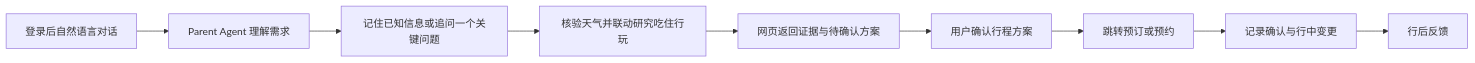
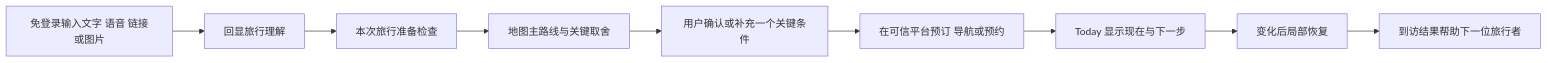
The diagram in wiki/current/01-product.md (DESONGs/zhuanshu-travel-agent), drawn with Mermaid before and after one commit. The commit also changed other lines of this file and 116 other files, not shown here.

````diff
--- a/wiki/current/01-product.md
+++ b/wiki/current/01-product.md
@@ -11,11 +57,11 @@
 ```mermaid
 flowchart LR
-  A[登录后自然语言对话] --> B[Parent Agent 理解需求]
-  B --> C[记住已知信息或追问一个关键问题]
-  C --> D[核验天气并联动研究吃住行玩]
-  D --> E[网页返回证据与待确认方案]
-  E --> F[用户确认行程方案]
-  F --> G[跳转预订或预约]
-  G --> H[记录确认与行中变更]
-  H --> I[行后反馈]
+  A[免登录输入文字 语音 链接或图片] --> B[回显旅行理解]
+  B --> C[本次旅行准备检查]
+  C --> D[地图主路线与关键取舍]
+  D --> E[用户确认或补充一个关键条件]
+  E --> F[在可信平台预订 导航或预约]
+  F --> G[Today 显示现在与下一步]
+  G --> H[变化后局部恢复]
+  H --> I[到访结果帮助下一位旅行者]
 ```
````
